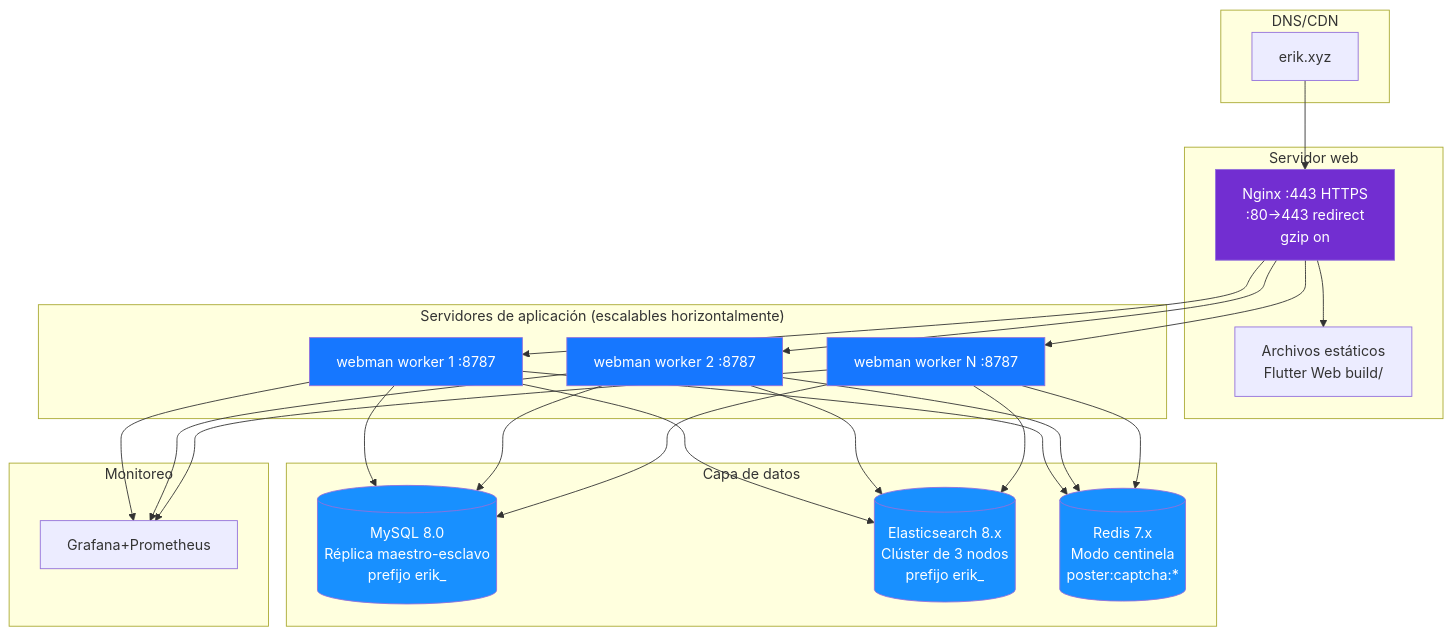
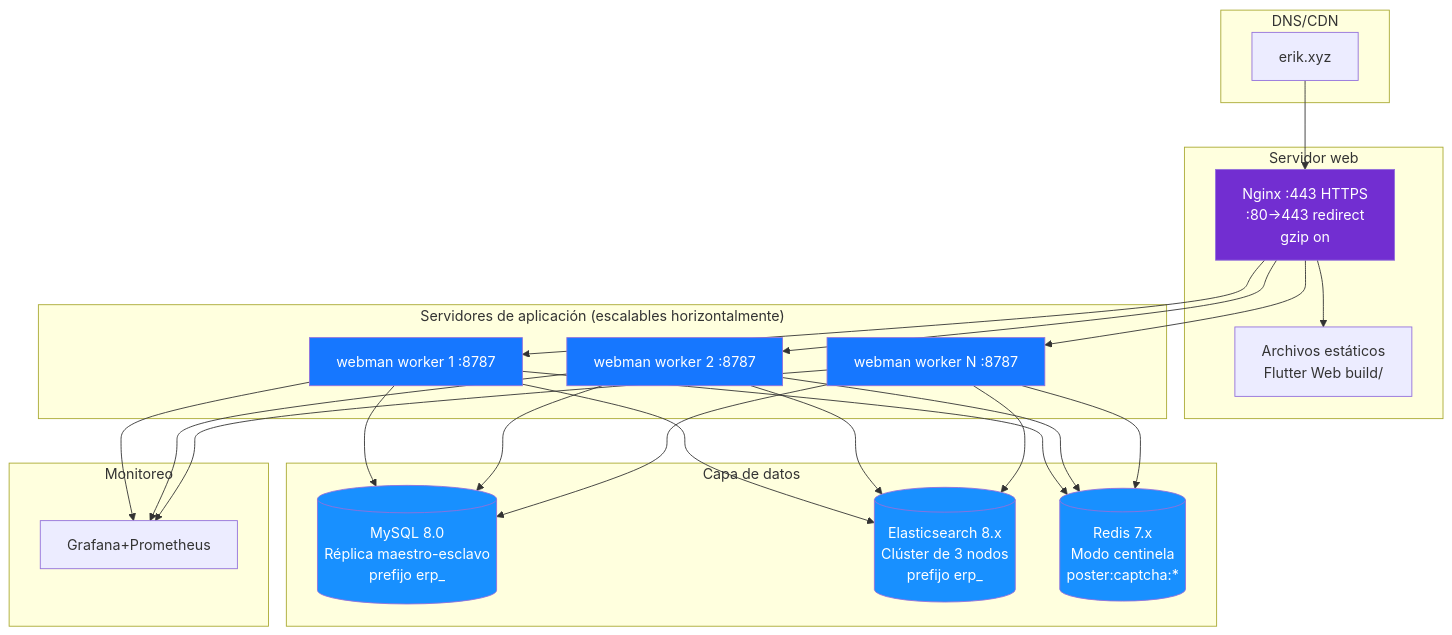
Before and after one commit to erikwang2013/erp-php: the diagram in docs/i18n/es/diagrams/12-deployment.md, drawn with Mermaid. The commit also changed 449 other files, not shown here.

First line of the commit message:
全局命名统一：数据库 erp、表前缀 erp_、Redis 前缀 erp:（原 erik_/open_admin）

````diff
--- a/docs/i18n/es/diagrams/12-deployment.md
+++ b/docs/i18n/es/diagrams/12-deployment.md
@@ -3,45 +3,45 @@
 ```mermaid
 flowchart TB
     subgraph dns["DNS/CDN"]
         domain["erik.xyz"]
     end
 
     subgraph web["Servidor web"]
         nginx["Nginx :443 HTTPS<br/>:80→443 redirect<br/>gzip on"]
         static["Archivos estáticos<br/>Flutter Web build/"]
     end
 
     subgraph app["Servidores de aplicación (escalables horizontalmente)"]
         wm1["webman worker 1 :8787"]
         wm2["webman worker 2 :8787"]
         wm3["webman worker N :8787"]
     end
 
     subgraph data["Capa de datos"]
-        mysql[("MySQL 8.0<br/>Réplica maestro-esclavo<br/>prefijo erik_")]
-        es[("Elasticsearch 8.x<br/>Clúster de 3 nodos<br/>prefijo erik_")]
+        mysql[("MySQL 8.0<br/>Réplica maestro-esclavo<br/>prefijo erp_")]
+        es[("Elasticsearch 8.x<br/>Clúster de 3 nodos<br/>prefijo erp_")]
         redis[("Redis 7.x<br/>Modo centinela<br/>poster:captcha:*")]
     end
 
     subgraph monitor["Monitoreo"]
         grafana["Grafana+Prometheus"]
     end
 
     domain --> nginx
     nginx --> static
     nginx --> wm1
     nginx --> wm2
     nginx --> wm3
     wm1 & wm2 & wm3 --> mysql
     wm1 & wm2 & wm3 --> es
     wm1 & wm2 & wm3 --> redis
     wm1 & wm2 & wm3 --> grafana
 
     style nginx fill:#722ED1,color:#fff
     style wm1 fill:#1677FF,color:#fff
     style wm2 fill:#1677FF,color:#fff
     style wm3 fill:#1677FF,color:#fff
     style mysql fill:#1890FF,color:#fff
     style es fill:#1890FF,color:#fff
     style redis fill:#1890FF,color:#fff
 ```
````
